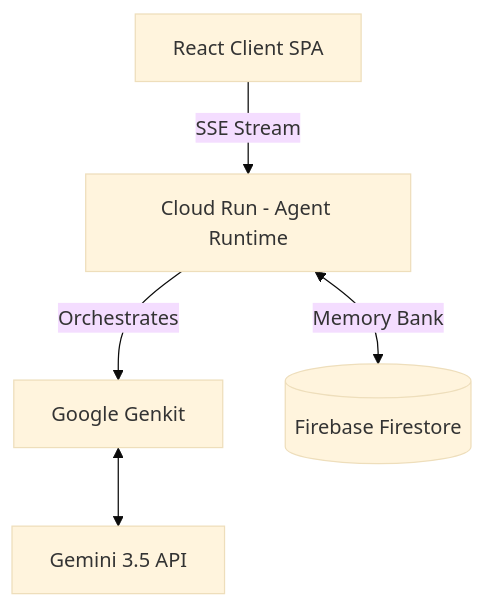
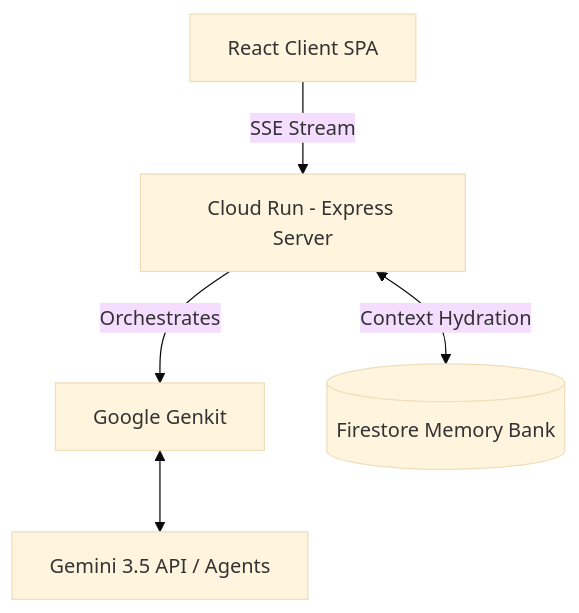
One commit to shengliangsong-ai/vme-workspace changed the second of 3 diagrams in ARCHITECTURE.md. Above: the diagram before and after it, drawn with Mermaid (base theme). The commit also changed other lines of this file and 4 other files, not shown here.

````diff
--- a/ARCHITECTURE.md
+++ b/ARCHITECTURE.md
@@ -50,13 +47,13 @@
 ```mermaid
 graph TD
     Client[React Client SPA]
-    CloudRun[Cloud Run - Agent Runtime]
+    CloudRun[Cloud Run - Express Server]
     Genkit[Google Genkit]
-    Gemini[Gemini 3.5 API]
-    Firestore[(Firebase Firestore)]
+    Gemini[Gemini 3.5 API / Agents]
+    Firestore[(Firestore Memory Bank)]
     
     Client -- SSE Stream --> CloudRun
     CloudRun -- Orchestrates --> Genkit
     Genkit <--> Gemini
-    CloudRun <--> |Memory Bank| Firestore
+    CloudRun <--> |Context Hydration| Firestore
 ```
````
